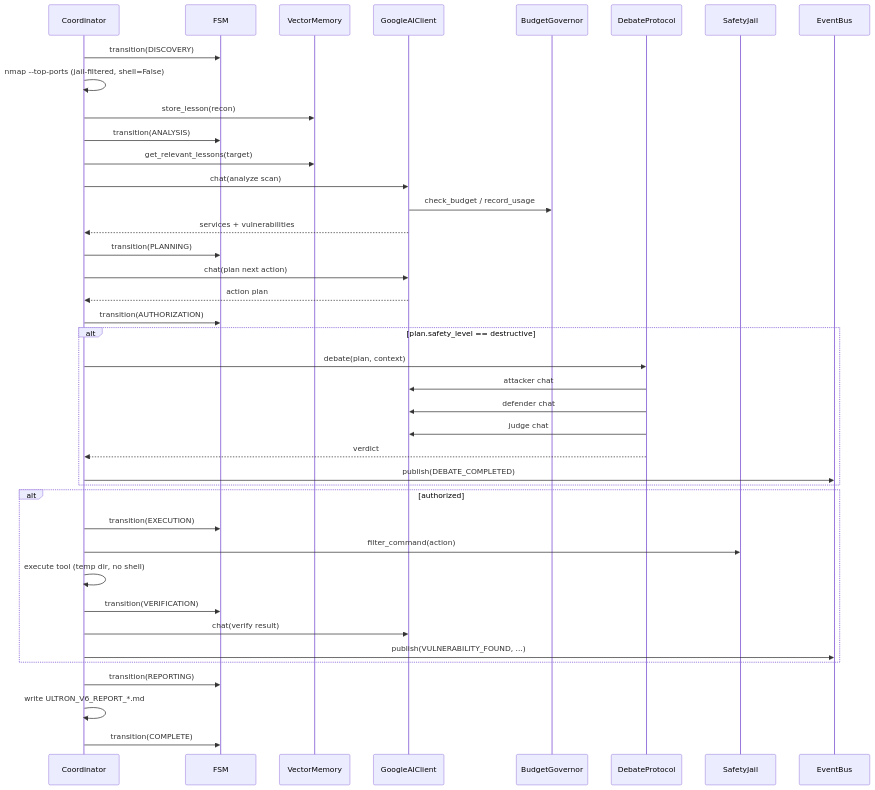
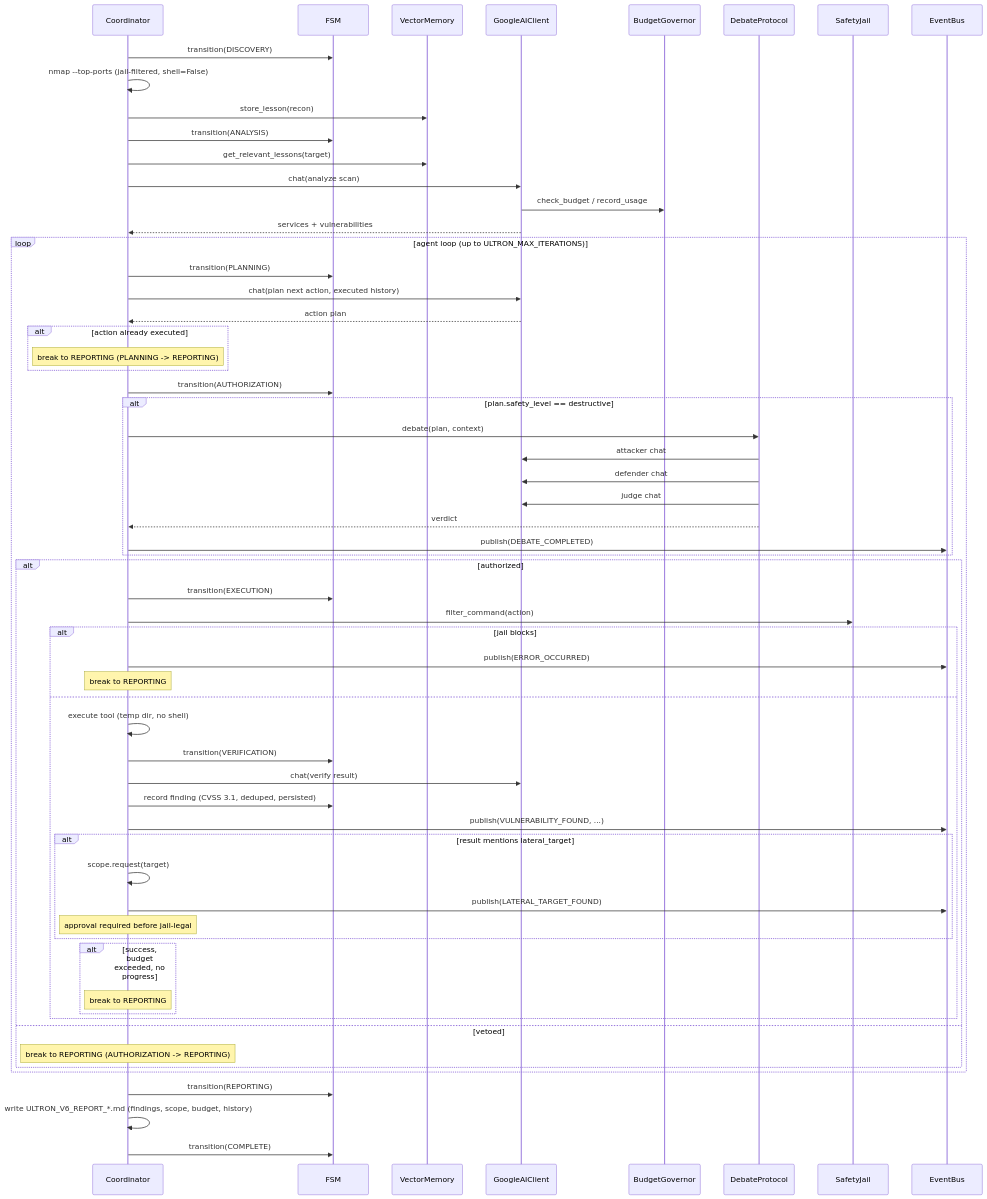
The third of 3 diagrams in docs/architecture.md (nyadaryt5/Hacks), drawn with Mermaid before and after one commit. The commit also changed other lines of this file and 4 other files, not shown here.

````diff
--- a/docs/architecture.md
+++ b/docs/architecture.md
@@ -81,48 +88,69 @@
 ```mermaid
 sequenceDiagram
     participant C as Coordinator
     participant F as FSM
     participant M as VectorMemory
     participant L as GoogleAIClient
     participant B as BudgetGovernor
     participant D as DebateProtocol
     participant J as SafetyJail
     participant E as EventBus
 
     C->>F: transition(DISCOVERY)
     C->>C: nmap --top-ports (jail-filtered, shell=False)
     C->>M: store_lesson(recon)
 
     C->>F: transition(ANALYSIS)
     C->>M: get_relevant_lessons(target)
     C->>L: chat(analyze scan)
     L->>B: check_budget / record_usage
     L-->>C: services + vulnerabilities
 
-    C->>F: transition(PLANNING)
-    C->>L: chat(plan next action)
-    L-->>C: action plan
+    loop agent loop (up to ULTRON_MAX_ITERATIONS)
+        C->>F: transition(PLANNING)
+        C->>L: chat(plan next action, executed history)
+        L-->>C: action plan
+        alt action already executed
+            Note over C: break to REPORTING (PLANNING -> REPORTING)
+        end
 
-    C->>F: transition(AUTHORIZATION)
-    alt plan.safety_level == destructive
-        C->>D: debate(plan, context)
-        D->>L: attacker chat
-        D->>L: defender chat
-        D->>L: judge chat
-        D-->>C: verdict
-        C->>E: publish(DEBATE_COMPLETED)
-    end
+        C->>F: transition(AUTHORIZATION)
+        alt plan.safety_level == destructive
+            C->>D: debate(plan, context)
+            D->>L: attacker chat
+            D->>L: defender chat
+            D->>L: judge chat
+            D-->>C: verdict
+            C->>E: publish(DEBATE_COMPLETED)
+        end
 
-    alt authorized
-        C->>F: transition(EXECUTION)
-        C->>J: filter_command(action)
-        C->>C: execute tool (temp dir, no shell)
-        C->>F: transition(VERIFICATION)
-        C->>L: chat(verify result)
-        C->>E: publish(VULNERABILITY_FOUND, ...)
+        alt authorized
+            C->>F: transition(EXECUTION)
+            C->>J: filter_command(action)
+            alt jail blocks
+                C->>E: publish(ERROR_OCCURRED)
+                Note over C: break to REPORTING
+            else
+                C->>C: execute tool (temp dir, no shell)
+                C->>F: transition(VERIFICATION)
+                C->>L: chat(verify result)
+                C->>F: record finding (CVSS 3.1, deduped, persisted)
+                C->>E: publish(VULNERABILITY_FOUND, ...)
+                alt result mentions lateral_target
+                    C->>C: scope.request(target)
+                    C->>E: publish(LATERAL_TARGET_FOUND)
+                    Note over C: approval required before jail-legal
+                end
+                alt success, budget exceeded, no progress
+                    Note over C: break to REPORTING
+                end
+            end
+        else vetoed
+            Note over C: break to REPORTING (AUTHORIZATION -> REPORTING)
+        end
     end
 
     C->>F: transition(REPORTING)
-    C->>C: write ULTRON_V6_REPORT_*.md
+    C->>C: write ULTRON_V6_REPORT_*.md (findings, scope, budget, history)
     C->>F: transition(COMPLETE)
 ```
````
